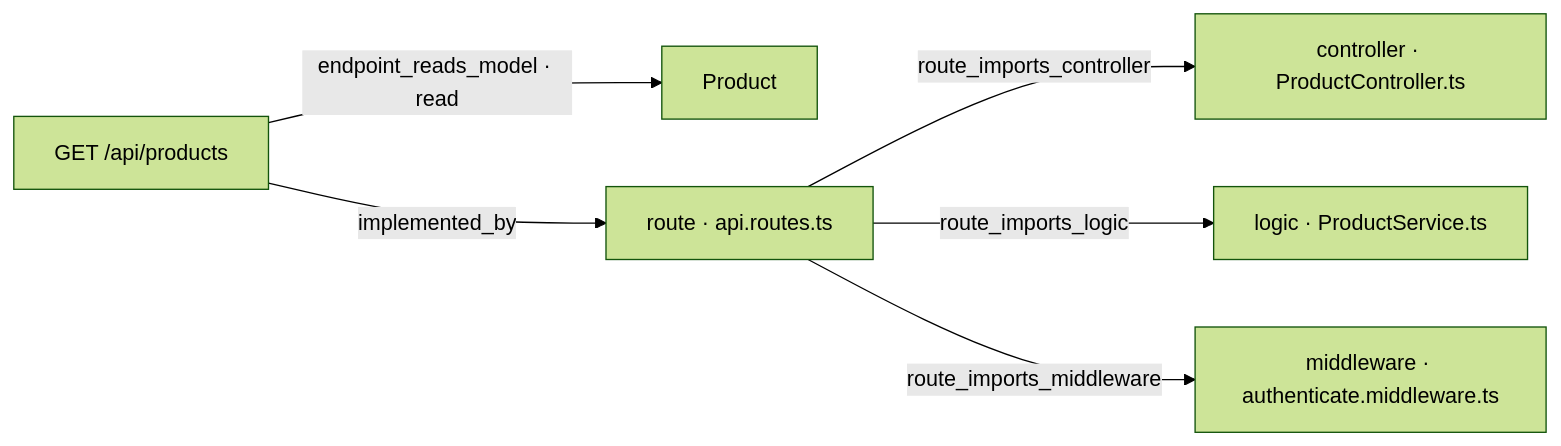
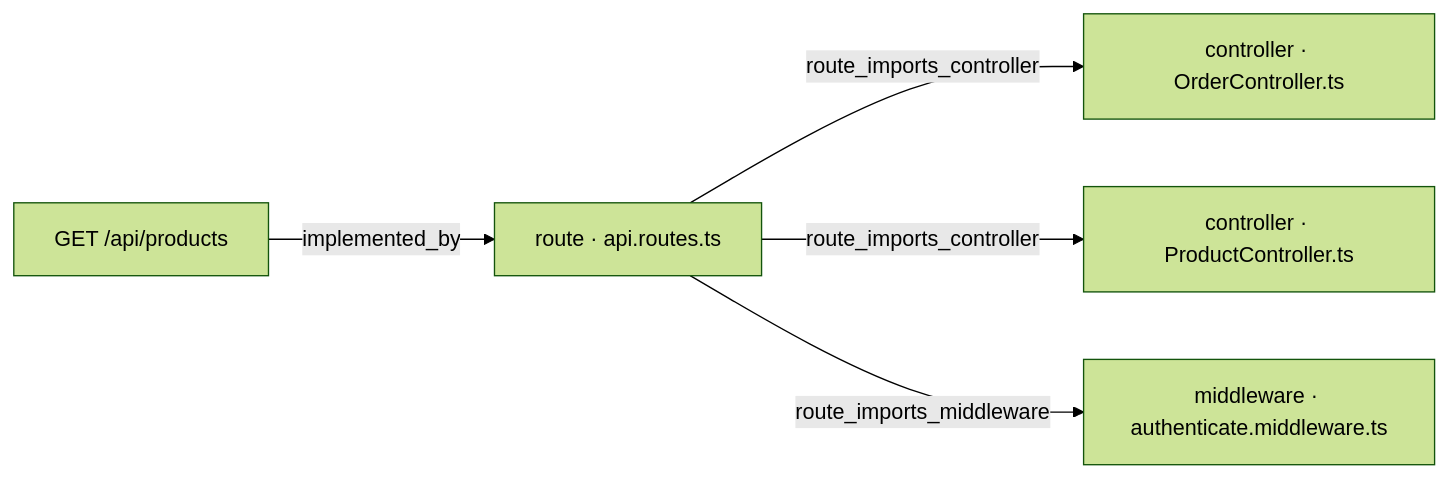
One commit to jcobo2020/proyectoGreen changed the first of 2 diagrams in docs/WI-ORD-API-008/README.md. Above: the diagram before and after it, drawn with Mermaid (forest theme). The commit also changed other lines of this file, not shown here.

Commit message:
docs(WI-ORD-API-008): documento técnico generado por el control plane

````diff
--- a/docs/WI-ORD-API-008/README.md
+++ b/docs/WI-ORD-API-008/README.md
@@ -135,14 +219,12 @@
 ```mermaid
 flowchart LR
   n0["GET /api/products"]
-  n1["Product"]
+  n1["controller · OrderController.ts"]
   n2["controller · ProductController.ts"]
-  n3["logic · ProductService.ts"]
-  n4["middleware · authenticate.middleware.ts"]
-  n5["route · api.routes.ts"]
-  n0 -->|endpoint_reads_model · read| n1
-  n0 -->|implemented_by| n5
-  n5 -->|route_imports_controller| n2
-  n5 -->|route_imports_logic| n3
-  n5 -->|route_imports_middleware| n4
+  n3["middleware · authenticate.middleware.ts"]
+  n4["route · api.routes.ts"]
+  n0 -->|implemented_by| n4
+  n4 -->|route_imports_controller| n1
+  n4 -->|route_imports_controller| n2
+  n4 -->|route_imports_middleware| n3
 ```
````
